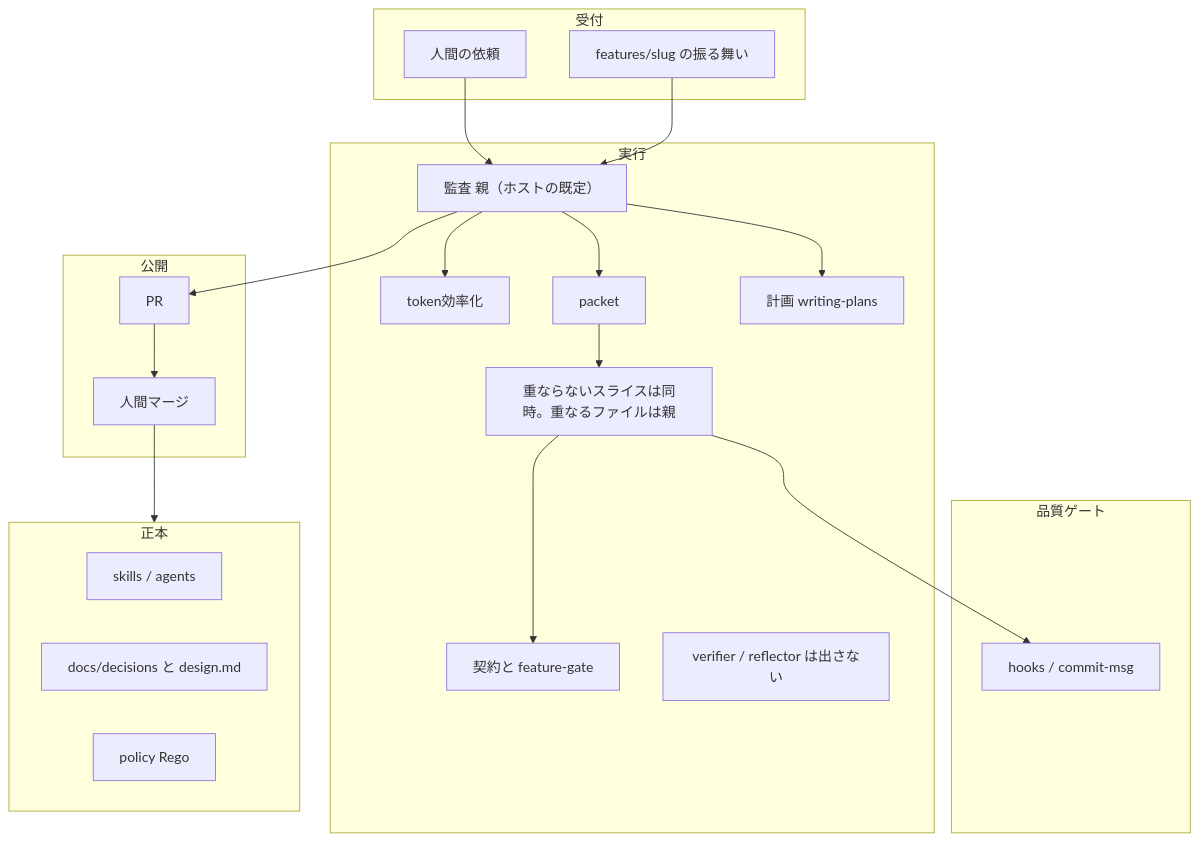
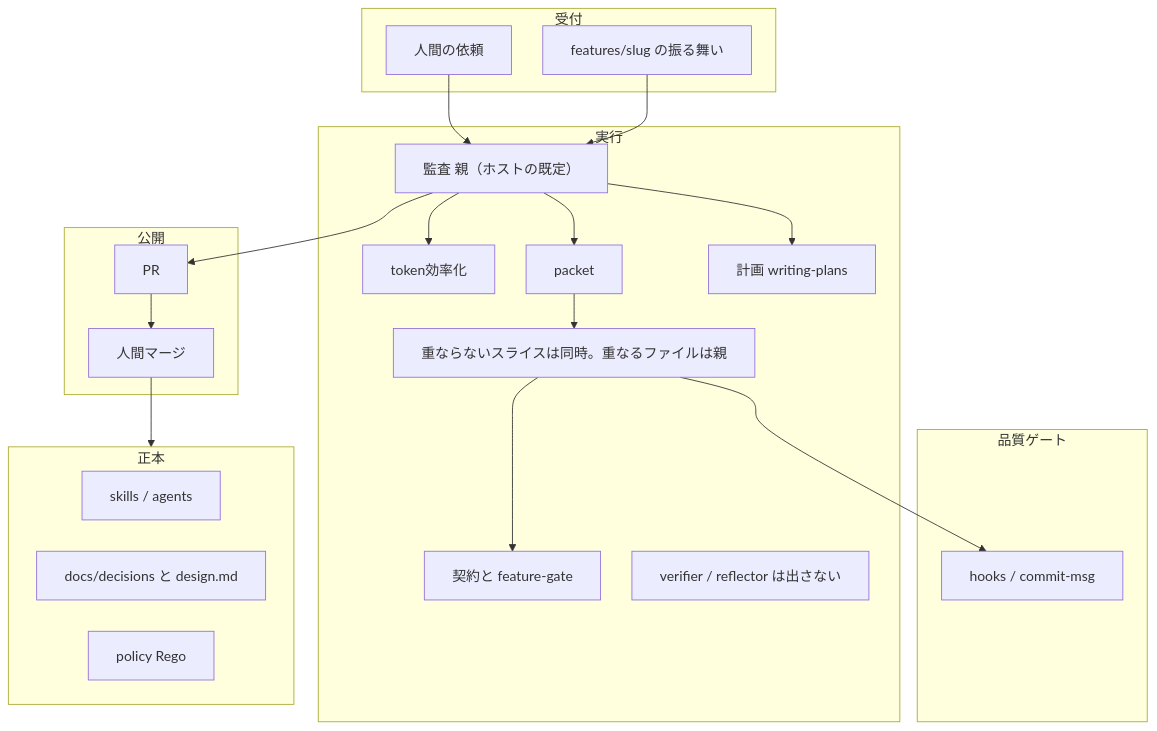
The diagram in docs/architecture/audit-overview.mmd (marumo333/SuiteLLM), drawn with Mermaid before and after one commit. The commit also changed 5 other files, not shown here.

First line of the commit message:
docs: ランタイム図などの見切れを直す

```diff
--- a/docs/architecture/audit-overview.mmd
+++ b/docs/architecture/audit-overview.mmd
@@ -1,42 +1,43 @@
+%%{init: {"flowchart": {"useMaxWidth": false, "htmlLabels": true, "wrappingWidth": 360, "padding": 16, "nodeSpacing": 36, "rankSpacing": 40, "diagramPadding": 28}}}%%
 flowchart TB
   subgraph inbound["受付"]
     H["人間の依頼"]
     BH["features/slug の振る舞い"]
   end
 
   subgraph plant["実行"]
     P["監査 親（ホストの既定）"]
     CM["token効率化"]
     PK["packet"]
     PL["計画 writing-plans"]
     IM["重ならないスライスは同時。重なるファイルは親"]
     CT["契約と feature-gate"]
     OFF["verifier / reflector は出さない"]
   end
 
   subgraph qa["品質ゲート"]
     HK["hooks / commit-msg"]
   end
 
   subgraph warehouse["正本"]
     SK["skills / agents"]
     AD["docs/decisions と design.md"]
     PO["policy Rego"]
   end
 
   subgraph ship["公開"]
     PR["PR"]
     HM["人間マージ"]
   end
 
   H --> P
   BH --> P
   P --> CM
   P --> PK
   P --> PL
   PK --> IM
   IM --> HK
   IM --> CT
   P --> PR
   PR --> HM
   HM --> warehouse
```
